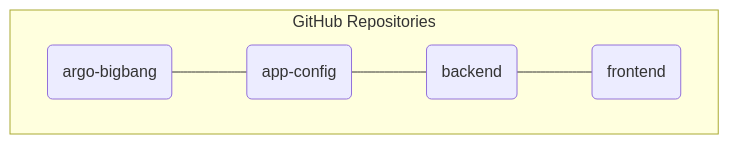
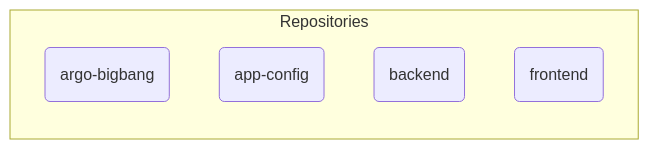
One commit to argo-universe/.github changed the first of 2 diagrams in profile/README.md. Above: the diagram before and after it, drawn with Mermaid. The commit also changed other lines of this file and 2 other files, not shown here.

````diff
--- a/profile/README.md
+++ b/profile/README.md
@@ -18,10 +14,10 @@
 ``` mermaid
-flowchart  TB
-subgraph GitHub Repositories
-    abb(argo-bigbang) ---
-    acnf(app-config) ---
-    backend(backend)---
+flowchart  LR
+subgraph Repositories
+    abb(argo-bigbang) 
+    acnf(app-config) 
+    backend(backend)
     frontend(frontend)
 end
 
 ```
````
